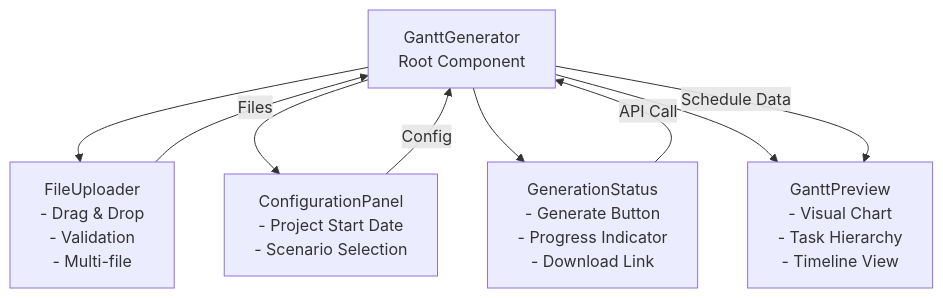
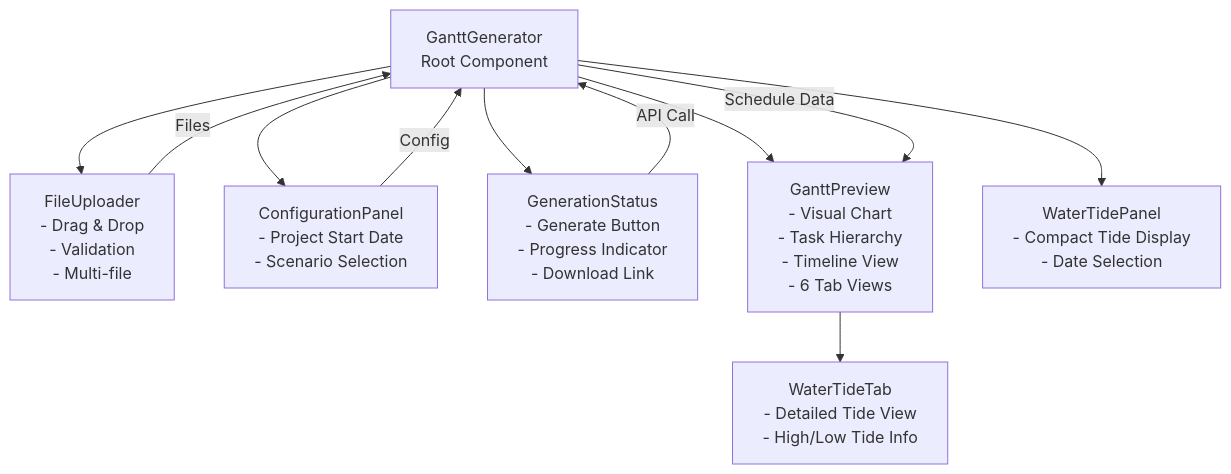
Before and after one commit to macho715/agi-tr-gantt: the second of 16 diagrams in docs/en/SYSTEM_ARCHITECTURE.md, drawn with Mermaid. The commit also changed other lines of this file and 22 other files, not shown here.

First line of the commit message:
docs: Water Tide 기능 추가 내용을 모든 문서에 반영

````diff
--- a/docs/en/SYSTEM_ARCHITECTURE.md
+++ b/docs/en/SYSTEM_ARCHITECTURE.md
@@ -75,14 +75,16 @@
 ```mermaid
 graph TD
     Root[GanttGenerator<br/>Root Component]
 
     Root --> FileUpload[FileUploader<br/>- Drag & Drop<br/>- Validation<br/>- Multi-file]
     Root --> ConfigPanel[ConfigurationPanel<br/>- Project Start Date<br/>- Scenario Selection]
     Root --> GenStatus[GenerationStatus<br/>- Generate Button<br/>- Progress Indicator<br/>- Download Link]
-    Root --> Preview[GanttPreview<br/>- Visual Chart<br/>- Task Hierarchy<br/>- Timeline View]
+    Root --> Preview[GanttPreview<br/>- Visual Chart<br/>- Task Hierarchy<br/>- Timeline View<br/>- 6 Tab Views]
+    Root --> WaterTidePanel[WaterTidePanel<br/>- Compact Tide Display<br/>- Date Selection]
 
     FileUpload --> |Files| Root
     ConfigPanel --> |Config| Root
     GenStatus --> |API Call| Root
     Root --> |Schedule Data| Preview
+    Preview --> WaterTideTab[WaterTideTab<br/>- Detailed Tide View<br/>- High/Low Tide Info]
 ```
````
